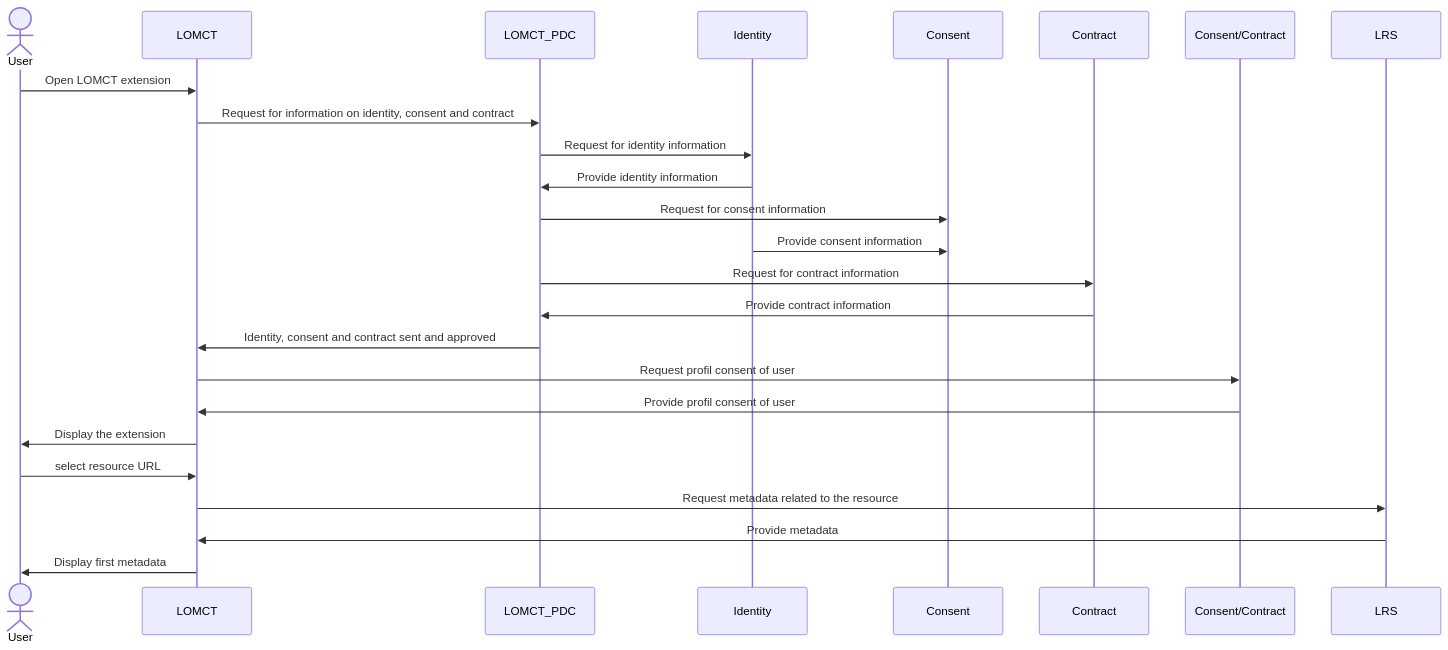
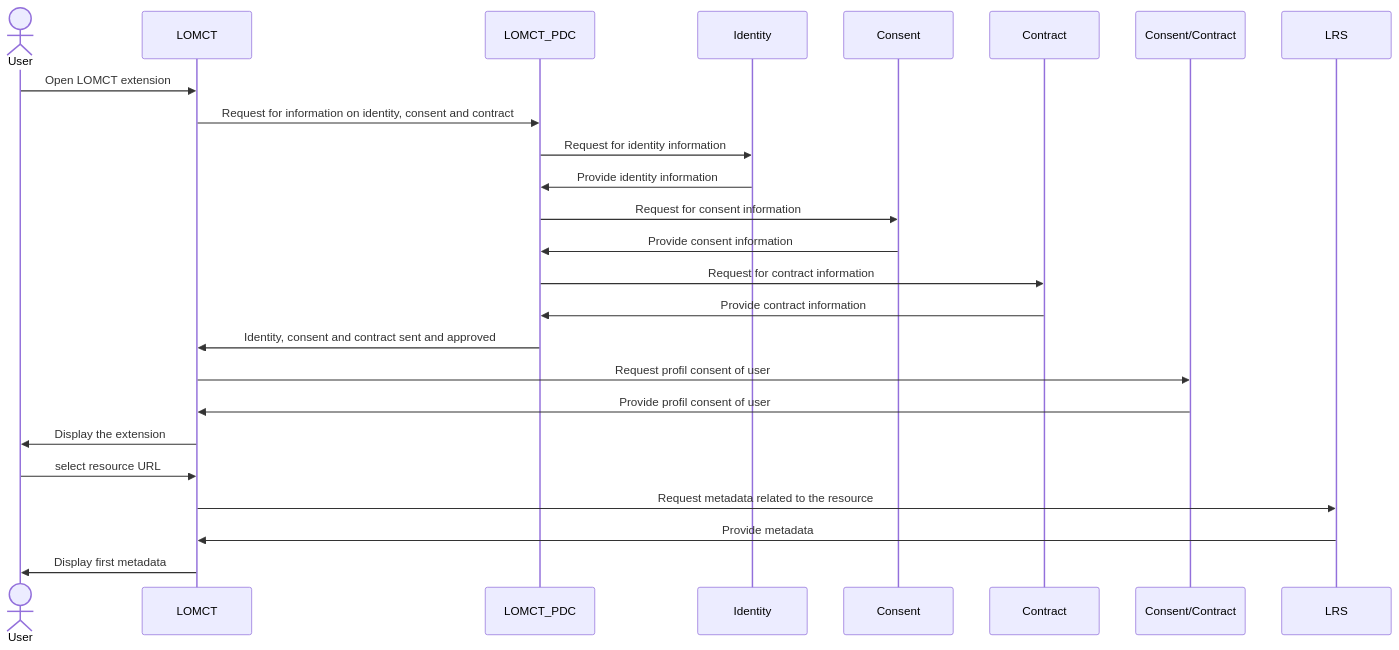
Before and after one commit to Prometheus-X-association/lomct: the third of 4 diagrams in docs/Learning Object Metadata Crowd Tagging BB – Design document.md, drawn with Mermaid.

Commit message:
Update documentation
Copied from https://github.com/Prometheus-X-association/integration/wiki/_compare/352ec3714bb16bc5bbc54da8a3b86cc697302b1d

````diff
--- a/docs/Learning Object Metadata Crowd Tagging BB – Design document.md
+++ b/docs/Learning Object Metadata Crowd Tagging BB – Design document.md
@@ -631,20 +631,20 @@
 ```mermaid
 sequenceDiagram
    actor User as User
    User->>LOMCT: Open LOMCT extension
    LOMCT->>LOMCT_PDC: Request for information on identity, consent and contract
    LOMCT_PDC->>Identity: Request for identity information
    Identity->>LOMCT_PDC: Provide identity information
    LOMCT_PDC->>Consent: Request for consent information
-   Identity->>Consent: Provide consent information
+   Consent->>LOMCT_PDC: Provide consent information
    LOMCT_PDC->>Contract: Request for contract information
    Contract->>LOMCT_PDC: Provide contract information
    LOMCT_PDC->>LOMCT: Identity, consent and contract sent and approved
    LOMCT->>Consent/Contract: Request profil consent of user
    Consent/Contract->>LOMCT: Provide profil consent of user
    LOMCT->>User: Display the extension
    User->>LOMCT: select resource URL
    LOMCT->>LRS: Request metadata related to the resource
    LRS->>LOMCT: Provide metadata
    LOMCT->>User: Display first metadata
 ```
````
